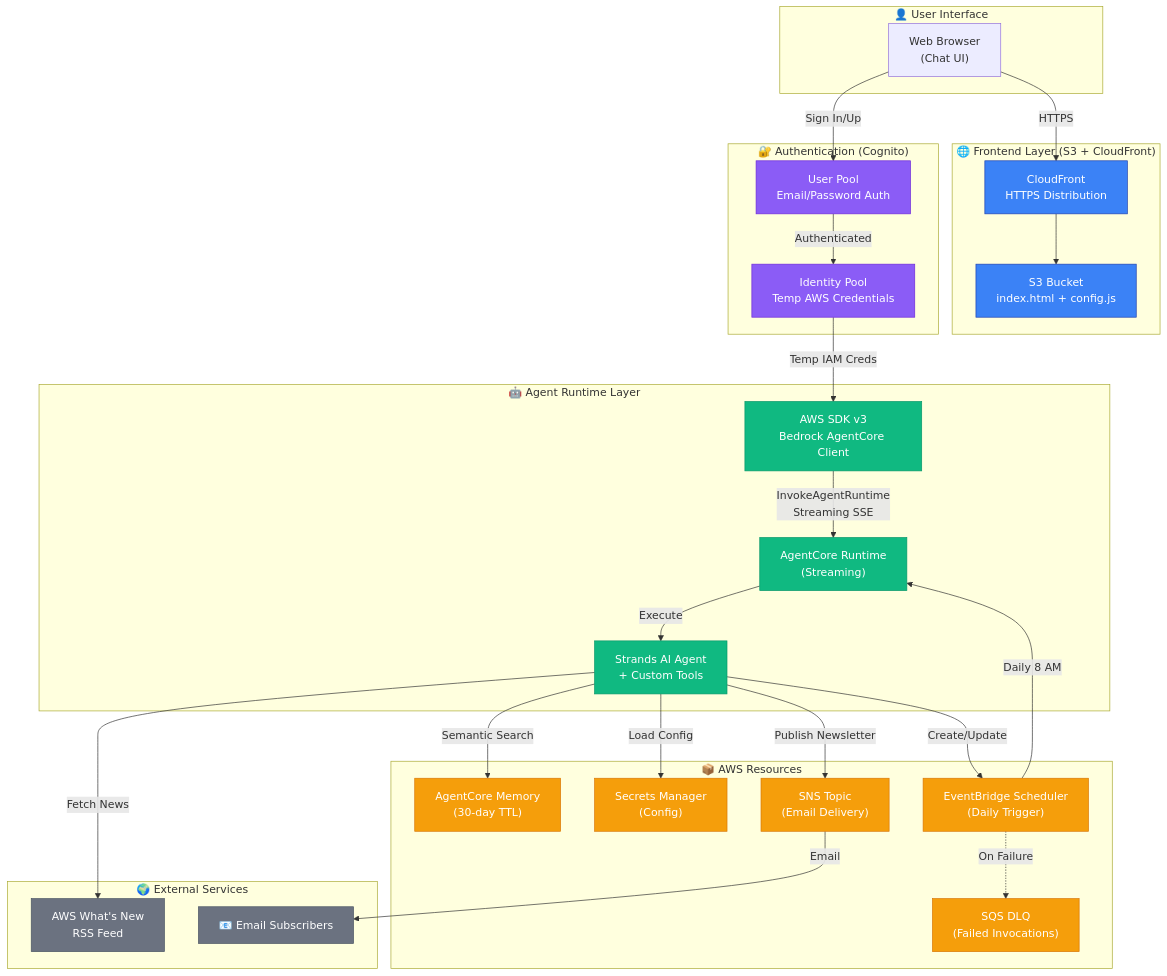
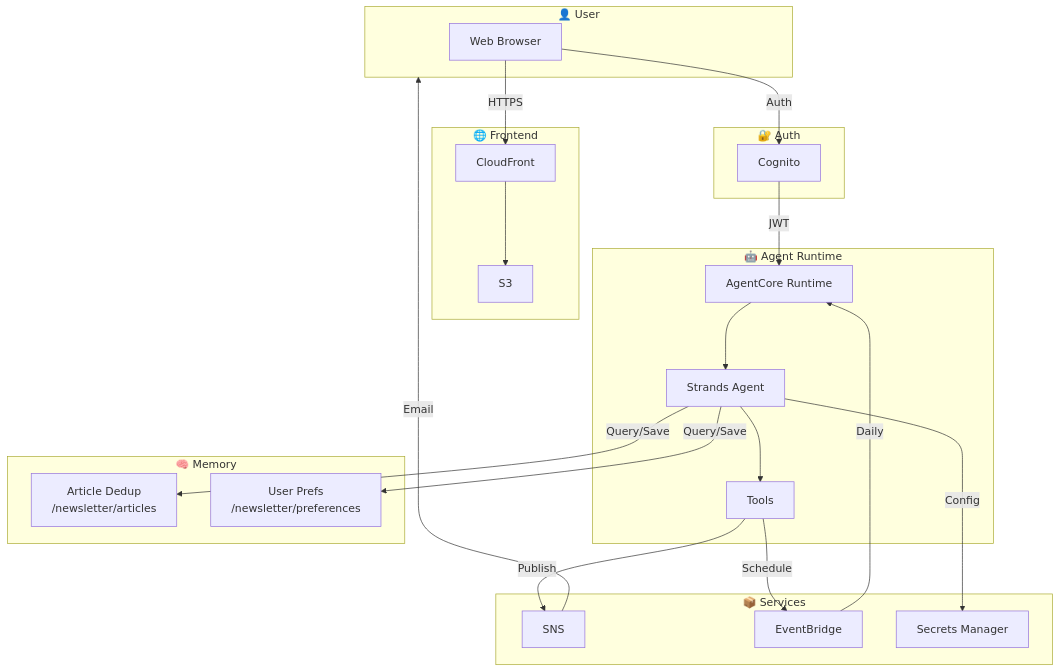
One commit to labeveryday/aws-whats-new-alerts changed the diagram in README.md. Above: the diagram before and after it, drawn with Mermaid. The commit also changed other lines of this file and 2 other files, not shown here.

First line of the commit message:
Update all READMEs with current features and architecture

````diff
--- a/README.md
+++ b/README.md
@@ -22,71 +19,44 @@
 ```mermaid
 flowchart TB
-    subgraph User["👤 User Interface"]
-        Browser["Web Browser<br/>(Chat UI)"]
+    subgraph User["👤 User"]
+        Browser["Web Browser"]
     end
 
-    subgraph Frontend["🌐 Frontend Layer (S3 + CloudFront)"]
-        S3["S3 Bucket<br/>index.html + config.js"]
-        CF["CloudFront<br/>HTTPS Distribution"]
+    subgraph Frontend["🌐 Frontend"]
+        CF["CloudFront"] --> S3["S3"]
     end
 
-    subgraph Auth["🔐 Authentication (Cognito)"]
-        UserPool["User Pool<br/>Email/Password Auth"]
-        IdentityPool["Identity Pool<br/>Temp AWS Credentials"]
+    subgraph Auth["🔐 Auth"]
+        Cognito["Cognito"]
     end
 
-    subgraph Runtime["🤖 Agent Runtime Layer"]
-        SDK["AWS SDK v3<br/>Bedrock AgentCore Client"]
-        AgentRuntime["AgentCore Runtime<br/>(Streaming)"]
-        StrandsAgent["Strands AI Agent<br/>+ Custom Tools"]
+    subgraph Agent["🤖 Agent Runtime"]
+        Runtime["AgentCore Runtime"]
+        Strands["Strands Agent"]
+        Tools["Tools"]
     end
 
-    subgraph Resources["📦 AWS Resources"]
-        Memory["AgentCore Memory<br/>(30-day TTL)"]
-        Secrets["Secrets Manager<br/>(Config)"]
-        SNS["SNS Topic<br/>(Email Delivery)"]
-        Scheduler["EventBridge Scheduler<br/>(Daily Trigger)"]
-        DLQ["SQS DLQ<br/>(Failed Invocations)"]
+    subgraph Memory["🧠 Memory"]
+        Articles["Article Dedup<br/>/newsletter/articles"]
+        Prefs["User Prefs<br/>/newsletter/preferences"]
     end
 
-    subgraph External["🌍 External Services"]
-        AWSRSS["AWS What's New<br/>RSS Feed"]
-        Subscribers["📧 Email Subscribers"]
+    subgraph Services["📦 Services"]
+        SNS["SNS"]
+        Scheduler["EventBridge"]
+        Secrets["Secrets Manager"]
     end
 
-    %% User Flow
     Browser -->|HTTPS| CF
-    CF --> S3
-    Browser -->|Sign In/Up| UserPool
-    UserPool -->|Authenticated| IdentityPool
-
-    %% Streaming Flow
-    IdentityPool -->|Temp IAM Creds| SDK
-    SDK -->|InvokeAgentRuntime<br/>Streaming SSE| AgentRuntime
-    AgentRuntime -->|Execute| StrandsAgent
-
-    %% Agent Resources
-    StrandsAgent -->|Semantic Search| Memory
-    StrandsAgent -->|Load Config| Secrets
-    StrandsAgent -->|Publish Newsletter| SNS
-    StrandsAgent -->|Create/Update| Scheduler
-    StrandsAgent -->|Fetch News| AWSRSS
-
-    %% Delivery & Scheduling
-    SNS -->|Email| Subscribers
-    Scheduler -->|Daily 8 AM| AgentRuntime
-    Scheduler -.->|On Failure| DLQ
-
-    %% Styling
-    classDef frontend fill:#3b82f6,stroke:#1e40af,color:#fff
-    classDef auth fill:#8b5cf6,stroke:#6d28d9,color:#fff
-    classDef runtime fill:#10b981,stroke:#059669,color:#fff
-    classDef resources fill:#f59e0b,stroke:#d97706,color:#fff
-    classDef external fill:#6b7280,stroke:#4b5563,color:#fff
-
-    class S3,CF frontend
-    class UserPool,IdentityPool auth
-    class SDK,AgentRuntime,StrandsAgent runtime
-    class Memory,Secrets,SNS,Scheduler,DLQ resources
-    class AWSRSS,Subscribers external
+    Browser -->|Auth| Cognito
+    Cognito -->|JWT| Runtime
+    Runtime --> Strands
+    Strands --> Tools
+    Strands -->|Query/Save| Articles
+    Strands -->|Query/Save| Prefs
+    Tools -->|Publish| SNS
+    Tools -->|Schedule| Scheduler
+    Strands -->|Config| Secrets
+    Scheduler -->|Daily| Runtime
+    SNS -->|Email| User
 ```
````
